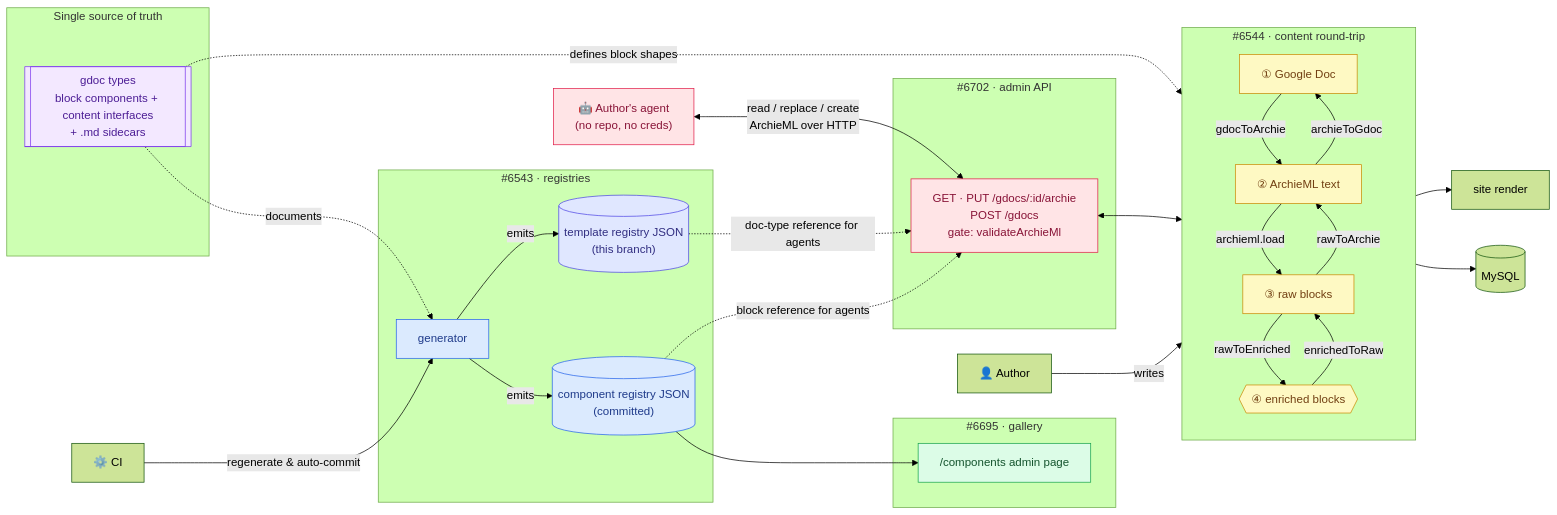
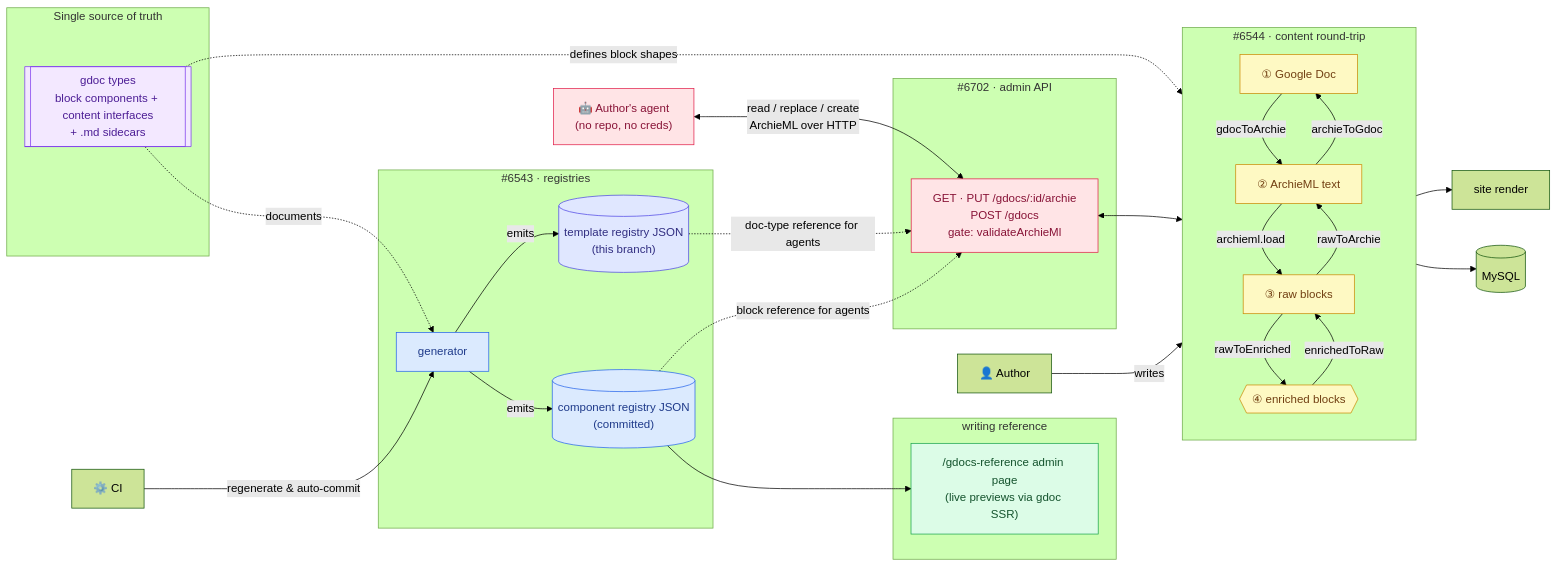
Before and after one commit to owid/owid-grapher: the first of 3 diagrams in docs/gdocs-agent-cms.md, drawn with Mermaid (forest theme). The commit also changed other lines of this file and 14 other files, not shown here.

First line of the commit message:
🎉 🤖 rebuild the components gallery into a writing reference

````diff
--- a/docs/gdocs-agent-cms.md
+++ b/docs/gdocs-agent-cms.md
@@ -23,66 +23,66 @@
 ```mermaid
 flowchart LR
     Author["👤 Author"] -->|writes| GDoc
     Agent["🤖 Author's agent<br/>(no repo, no creds)"]
     CI["⚙️ CI"] -->|"regenerate & auto-commit"| Gen
 
     subgraph SPINE["Single source of truth"]
         Types[["gdoc types<br/>block components + content interfaces<br/>+ .md sidecars"]]
     end
 
     subgraph BUILD["#6543 · registries"]
         Gen["generator"] -->|emits| Reg[("component registry JSON<br/>(committed)")]
         Gen -->|emits| Tpl[("template registry JSON<br/>(this branch)")]
     end
 
-    subgraph GALLERY["#6695 · gallery"]
-        Page["/components admin page"]
+    subgraph GALLERY["writing reference"]
+        Page["/gdocs-reference admin page<br/>(live previews via gdoc SSR)"]
     end
 
     subgraph API["#6702 · admin API"]
         Routes["GET · PUT /gdocs/:id/archie<br/>POST /gdocs<br/>gate: validateArchieMl"]
     end
 
     subgraph PIPE["#6544 · content round-trip"]
         direction TB
         GDoc["① Google Doc"]
         Archie["② ArchieML text"]
         Raw["③ raw blocks"]
         Enr{{"④ enriched blocks"}}
     end
 
     DB[("MySQL")]
     Site["site render"]
 
     %% down = ingest
     GDoc -->|gdocToArchie| Archie
     Archie -->|archieml.load| Raw
     Raw -->|rawToEnriched| Enr
     %% up = write-back
     Enr -->|enrichedToRaw| Raw
     Raw -->|rawToArchie| Archie
     Archie -->|archieToGdoc| GDoc
 
     Agent <-->|"read / replace / create<br/>ArchieML over HTTP"| Routes
     Routes <--> Archie
     Types -.->|documents| Gen
     Types -.->|"defines block shapes"| Enr
     Reg --> Page
     Reg -.->|"block reference for agents"| Routes
     Tpl -.->|"doc-type reference for agents"| Routes
     Enr --> DB
     Enr --> Site
 
     classDef spine fill:#f3e8ff,stroke:#7c3aed,color:#4c1d95;
     classDef pr6543 fill:#dbeafe,stroke:#2563eb,color:#1e3a8a;
-    classDef pr6695 fill:#dcfce7,stroke:#16a34a,color:#14532d;
+    classDef prref fill:#dcfce7,stroke:#16a34a,color:#14532d;
     classDef pr6544 fill:#fef9c3,stroke:#ca8a04,color:#713f12;
     classDef prapi fill:#ffe4e6,stroke:#e11d48,color:#881337;
     classDef prtpl fill:#e0e7ff,stroke:#4f46e5,color:#312e81;
     class Types spine;
     class Gen,Reg pr6543;
     class Tpl prtpl;
-    class Page pr6695;
+    class Page prref;
     class GDoc,Archie,Raw,Enr pr6544;
     class Routes,Agent prapi;
 ```
````
